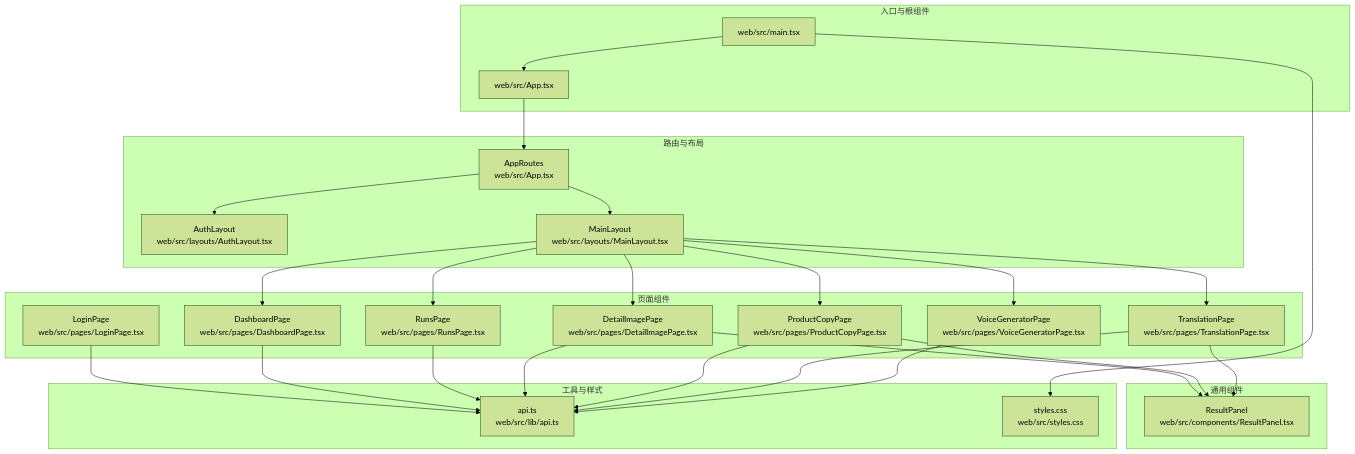
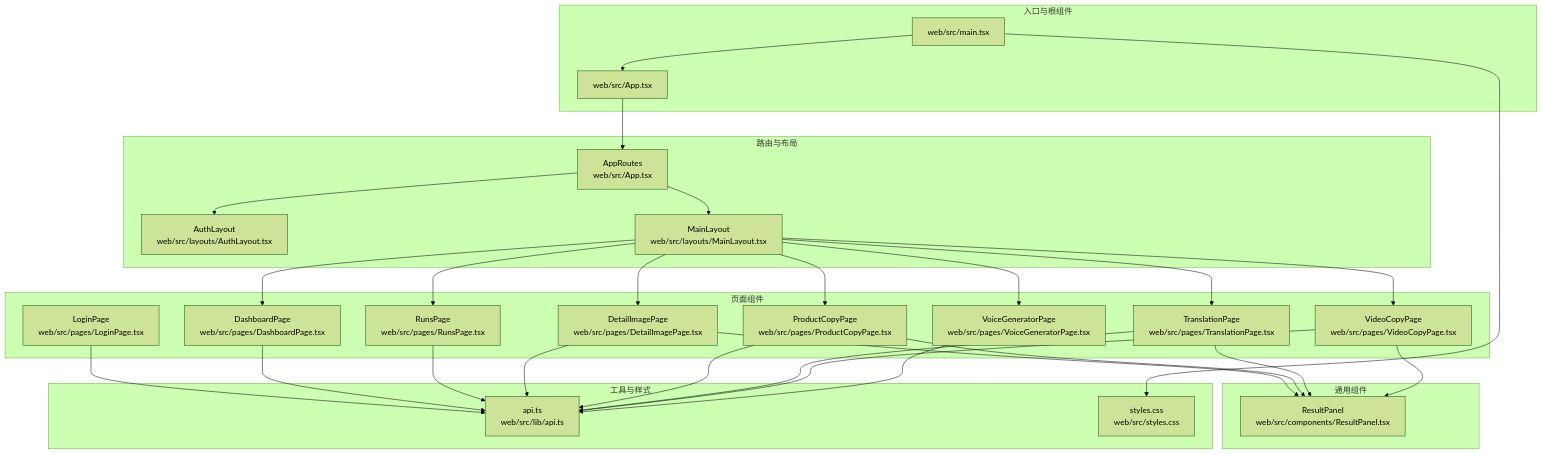
Before and after one commit to hanksd769-droid/sailshub: the first of 10 diagrams in .qoder/repowiki/zh/content/前端组件架构/前端组件架构.md, drawn with Mermaid (forest theme). The commit also changed other lines of this file and 4 other files, not shown here.

````diff
--- a/.qoder/repowiki/zh/content/前端组件架构/前端组件架构.md
+++ b/.qoder/repowiki/zh/content/前端组件架构/前端组件架构.md
@@ -40,49 +41,53 @@
 ```mermaid
 graph TB
 subgraph "入口与根组件"
 MAIN["web/src/main.tsx"]
 APP["web/src/App.tsx"]
 end
 subgraph "路由与布局"
 ROUTES["AppRoutes<br/>web/src/App.tsx"]
 AUTH_LAYOUT["AuthLayout<br/>web/src/layouts/AuthLayout.tsx"]
 MAIN_LAYOUT["MainLayout<br/>web/src/layouts/MainLayout.tsx"]
 end
 subgraph "页面组件"
 DASHBOARD["DashboardPage<br/>web/src/pages/DashboardPage.tsx"]
 LOGIN["LoginPage<br/>web/src/pages/LoginPage.tsx"]
 RUNS["RunsPage<br/>web/src/pages/RunsPage.tsx"]
 DETAIL["DetailImagePage<br/>web/src/pages/DetailImagePage.tsx"]
 PRODUCT["ProductCopyPage<br/>web/src/pages/ProductCopyPage.tsx"]
 TRANSLATE["TranslationPage<br/>web/src/pages/TranslationPage.tsx"]
+VIDEO["VideoCopyPage<br/>web/src/pages/VideoCopyPage.tsx"]
 VOICE["VoiceGeneratorPage<br/>web/src/pages/VoiceGeneratorPage.tsx"]
 end
 subgraph "通用组件"
 RESULT_PANEL["ResultPanel<br/>web/src/components/ResultPanel.tsx"]
 end
 subgraph "工具与样式"
 API["api.ts<br/>web/src/lib/api.ts"]
 STYLES["styles.css<br/>web/src/styles.css"]
 end
 MAIN --> APP
 APP --> ROUTES
 ROUTES --> AUTH_LAYOUT
 ROUTES --> MAIN_LAYOUT
 MAIN_LAYOUT --> DASHBOARD
 MAIN_LAYOUT --> RUNS
 MAIN_LAYOUT --> DETAIL
 MAIN_LAYOUT --> PRODUCT
 MAIN_LAYOUT --> TRANSLATE
+MAIN_LAYOUT --> VIDEO
 MAIN_LAYOUT --> VOICE
 LOGIN --> API
 DASHBOARD --> API
 RUNS --> API
 DETAIL --> API
 DETAIL --> RESULT_PANEL
 PRODUCT --> API
 PRODUCT --> RESULT_PANEL
 TRANSLATE --> API
 TRANSLATE --> RESULT_PANEL
+VIDEO --> API
+VIDEO --> RESULT_PANEL
 VOICE --> API
 MAIN --> STYLES
 ```
````
